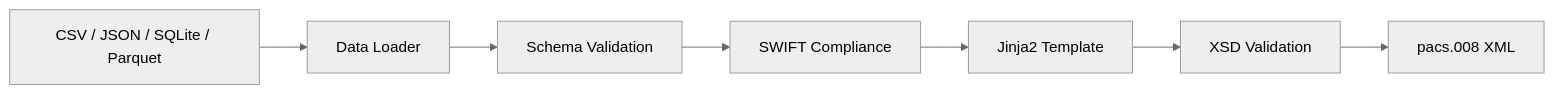
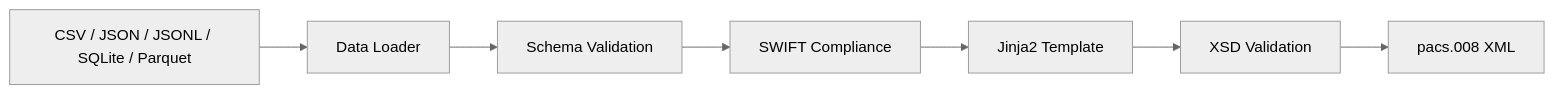
One commit to sebastienrousseau/pacs008 changed the third of 3 diagrams in README.md. Above: the diagram before and after it, drawn with Mermaid (neutral theme). The commit also changed other lines of this file and 39 other files, not shown here.

````diff
--- a/README.md
+++ b/README.md
@@ -193,9 +1024,9 @@
 ```mermaid
 flowchart LR
-    A[CSV / JSON / SQLite / Parquet] --> B[Data Loader]
+    A[CSV / JSON / JSONL / SQLite / Parquet] --> B[Data Loader]
     B --> C[Schema Validation]
     C --> D[SWIFT Compliance]
     D --> E[Jinja2 Template]
     E --> F[XSD Validation]
     F --> G[pacs.008 XML]
 ```
````
